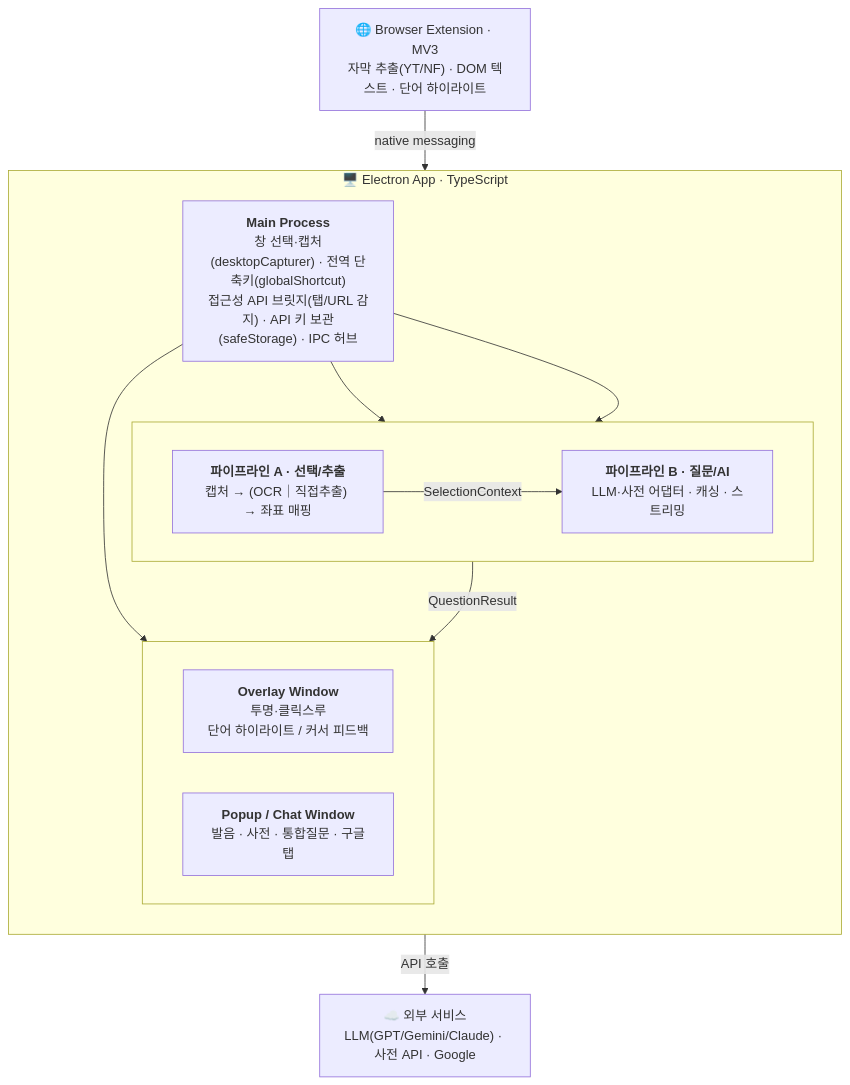
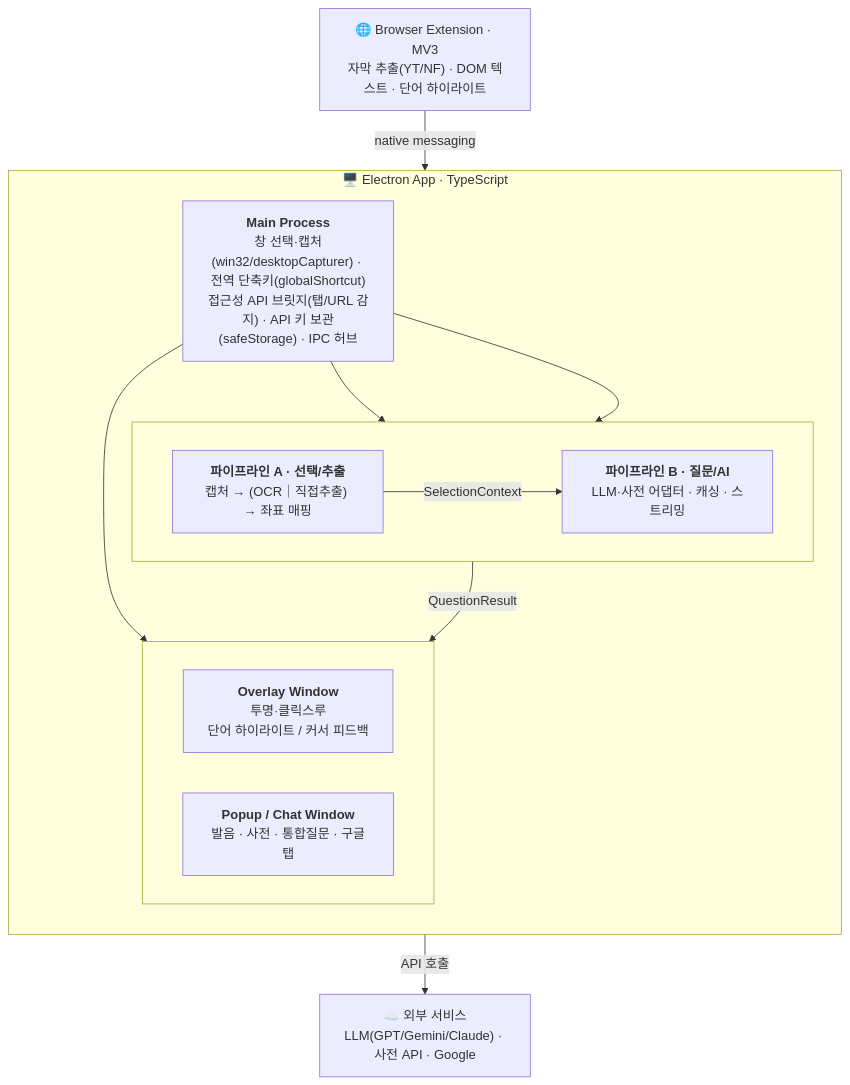
The diagram in PLAN.md (madcamp-official/JoJo), drawn with Mermaid before and after one commit. The commit also changed other lines of this file and 1 other file, not shown here.

````diff
--- a/PLAN.md
+++ b/PLAN.md
@@ -130,31 +130,31 @@
 ```mermaid
 flowchart TB
     EXT["🌐 Browser Extension · MV3<br/>자막 추출(YT/NF) · DOM 텍스트 · 단어 하이라이트"]
 
     subgraph APP["🖥️ Electron App · TypeScript"]
         direction TB
-        MAIN["<b>Main Process</b><br/>창 선택·캡처(desktopCapturer) · 전역 단축키(globalShortcut)<br/>접근성 API 브릿지(탭/URL 감지) · API 키 보관(safeStorage) · IPC 허브"]
+        MAIN["<b>Main Process</b><br/>창 선택·캡처(win32/desktopCapturer) · 전역 단축키(globalShortcut)<br/>접근성 API 브릿지(탭/URL 감지) · API 키 보관(safeStorage) · IPC 허브"]
 
         subgraph PIPE[" "]
             direction LR
             PA["<b>파이프라인 A · 선택/추출</b><br/>캡처 → (OCR｜직접추출) → 좌표 매핑"]
             PB["<b>파이프라인 B · 질문/AI</b><br/>LLM·사전 어댑터 · 캐싱 · 스트리밍"]
         end
 
         subgraph WINS[" "]
             direction LR
             OVL["<b>Overlay Window</b><br/>투명·클릭스루<br/>단어 하이라이트 / 커서 피드백"]
             POP["<b>Popup / Chat Window</b><br/>발음 · 사전 · 통합질문 · 구글탭"]
         end
     end
 
     SVC["☁️ 외부 서비스<br/>LLM(GPT/Gemini/Claude) · 사전 API · Google"]
 
     EXT -- "native messaging" --> MAIN
     MAIN --> PA
     MAIN --> PB
     MAIN --> OVL
     PA -- "SelectionContext" --> PB
     PB -- "QuestionResult" --> POP
     PB -- "API 호출" --> SVC
 ```
````
